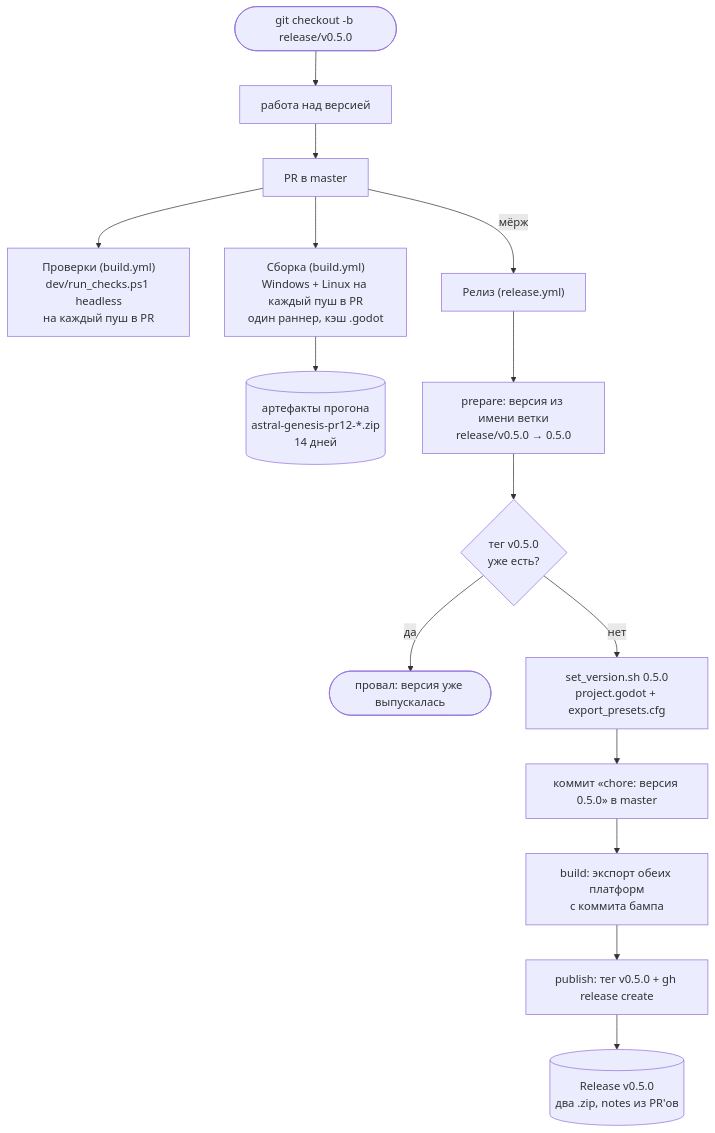
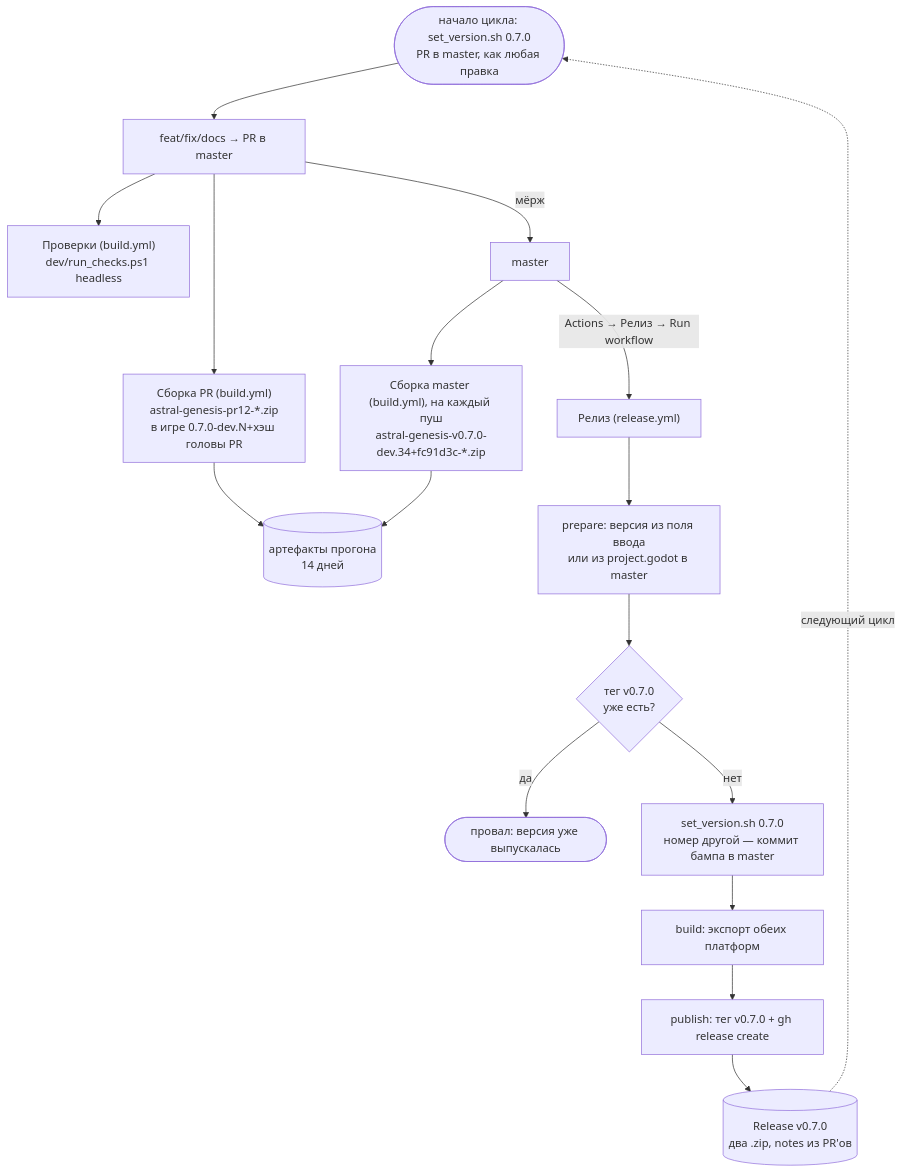
Before and after one commit to Manshooo/astral-genesis: the diagram in docs/astral-genesis/how-to/Релизы и сборка.md, drawn with Mermaid. The commit also changed other lines of this file and 12 other files, not shown here.

````diff
--- a/docs/astral-genesis/how-to/Релизы и сборка.md
+++ b/docs/astral-genesis/how-to/Релизы и сборка.md
@@ -13,21 +18,20 @@
 ```mermaid
 flowchart TD
-    branch(["git checkout -b release/v0.5.0"]) --> work["работа над версией"]
-    work --> pr["PR в master"]
+    cycle(["начало цикла: set_version.sh 0.7.0<br/>PR в master, как любая правка"]) --> work
+    work["feat/fix/docs → PR в master"] --> checks["Проверки (build.yml)<br/>dev/run_checks.ps1 headless"]
+    work --> prbuild["Сборка PR (build.yml)<br/>astral-genesis-pr12-*.zip<br/>в игре 0.7.0-dev.N+хэш головы PR"]
+    work -->|"мёрж"| master["master"]
+    master --> mbuild["Сборка master (build.yml), на каждый пуш<br/>astral-genesis-v0.7.0-dev.34+fc91d3c-*.zip"]
+    mbuild --> artifacts[("артефакты прогона<br/>14 дней")]
+    prbuild --> artifacts
 
-    pr --> checks["Проверки (build.yml)<br/>dev/run_checks.ps1 headless<br/>на каждый пуш в PR"]
-    pr --> build["Сборка (build.yml)<br/>Windows + Linux на каждый пуш в PR<br/>один раннер, кэш .godot"]
-    build --> artifacts[("артефакты прогона<br/>astral-genesis-pr12-*.zip<br/>14 дней")]
-
-    pr -->|"мёрж"| release["Релиз (release.yml)"]
-
-    release --> prepare["prepare: версия из имени ветки<br/>release/v0.5.0 → 0.5.0"]
-    prepare --> guard{"тег v0.5.0<br/>уже есть?"}
+    master -->|"Actions → Релиз → Run workflow"| release["Релиз (release.yml)"]
+    release --> prepare["prepare: версия из поля ввода<br/>или из project.godot в master"]
+    prepare --> guard{"тег v0.7.0<br/>уже есть?"}
     guard -->|"да"| fail(["провал: версия уже выпускалась"])
-    guard -->|"нет"| bump["set_version.sh 0.5.0<br/>project.godot + export_presets.cfg"]
-    bump --> commit["коммит «chore: версия 0.5.0» в master"]
-
-    commit --> jobs["build: экспорт обеих платформ<br/>с коммита бампа"]
-    jobs --> publish["publish: тег v0.5.0 + gh release create"]
-    publish --> rel[("Release v0.5.0<br/>два .zip, notes из PR'ов")]
+    guard -->|"нет"| bump["set_version.sh 0.7.0<br/>номер другой — коммит бампа в master"]
+    bump --> jobs["build: экспорт обеих платформ"]
+    jobs --> publish["publish: тег v0.7.0 + gh release create"]
+    publish --> rel[("Release v0.7.0<br/>два .zip, notes из PR'ов")]
+    rel -.->|"следующий цикл"| cycle
 ```
````
